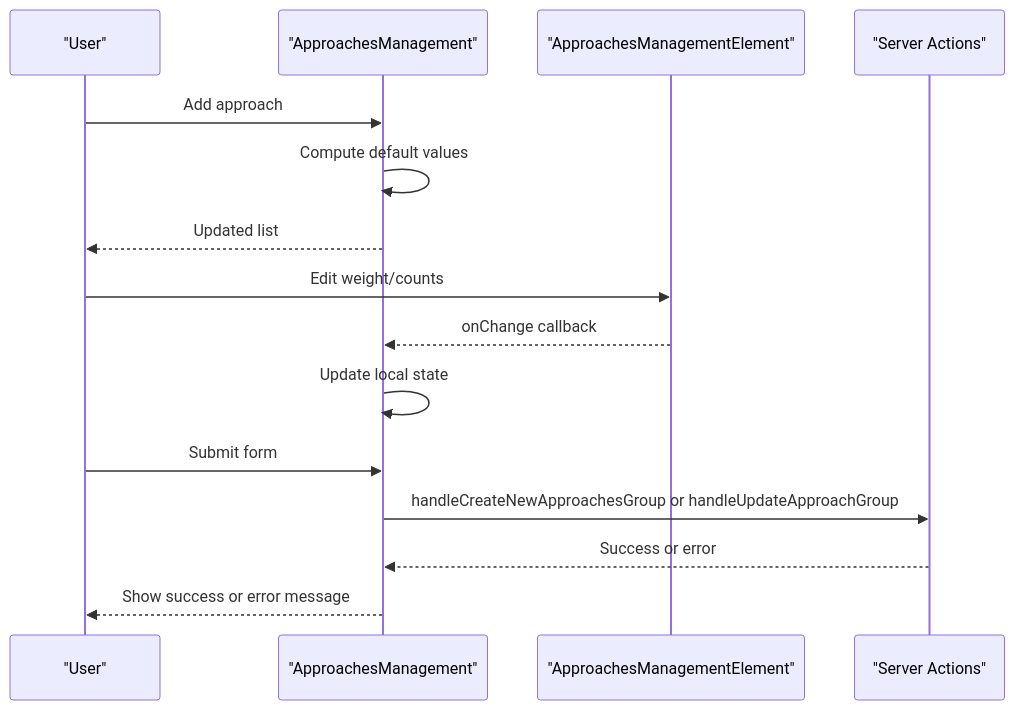
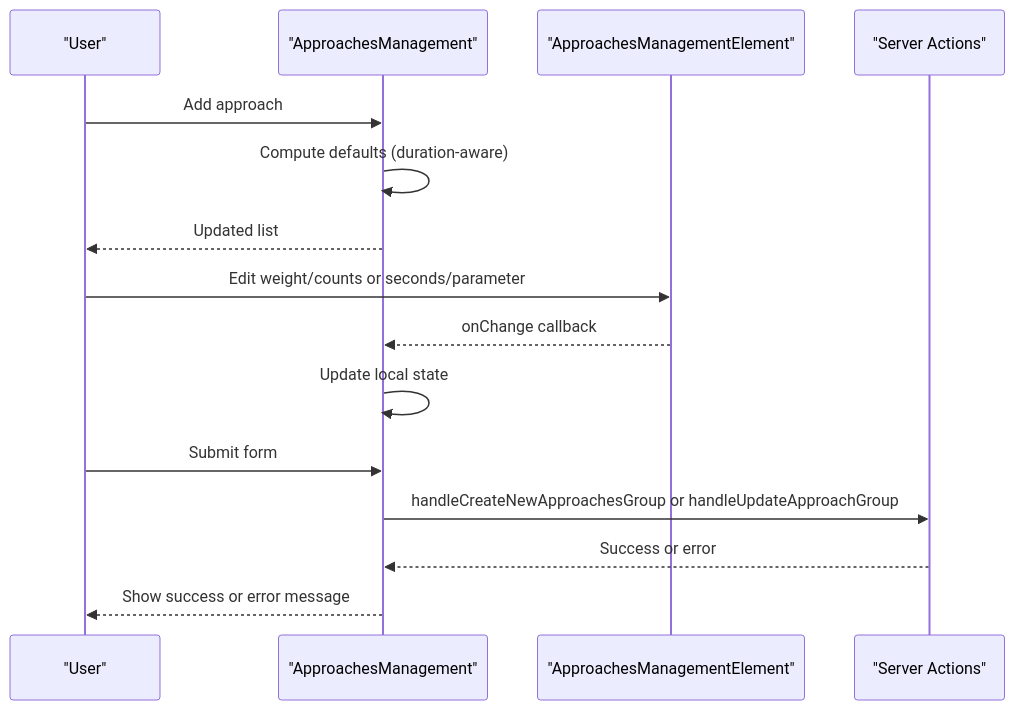
One commit to Dezzpil/meingym changed the tenth of 13 diagrams in .qoder/repowiki/en/content/Architecture Overview/Shared Components.md. Above: the diagram before and after it, drawn with Mermaid. The commit also changed other lines of this file and 12 other files, not shown here.

````diff
--- a/.qoder/repowiki/en/content/Architecture Overview/Shared Components.md
+++ b/.qoder/repowiki/en/content/Architecture Overview/Shared Components.md
@@ -373,17 +450,17 @@
 ```mermaid
 sequenceDiagram
 participant User as "User"
 participant Mgmt as "ApproachesManagement"
 participant Elem as "ApproachesManagementElement"
 participant Server as "Server Actions"
 User->>Mgmt : Add approach
-Mgmt->>Mgmt : Compute default values
+Mgmt->>Mgmt : Compute defaults (duration-aware)
 Mgmt-->>User : Updated list
-User->>Elem : Edit weight/counts
+User->>Elem : Edit weight/counts or seconds/parameter
 Elem-->>Mgmt : onChange callback
 Mgmt->>Mgmt : Update local state
 User->>Mgmt : Submit form
 Mgmt->>Server : handleCreateNewApproachesGroup or handleUpdateApproachGroup
 Server-->>Mgmt : Success or error
 Mgmt-->>User : Show success or error message
 ```
````
